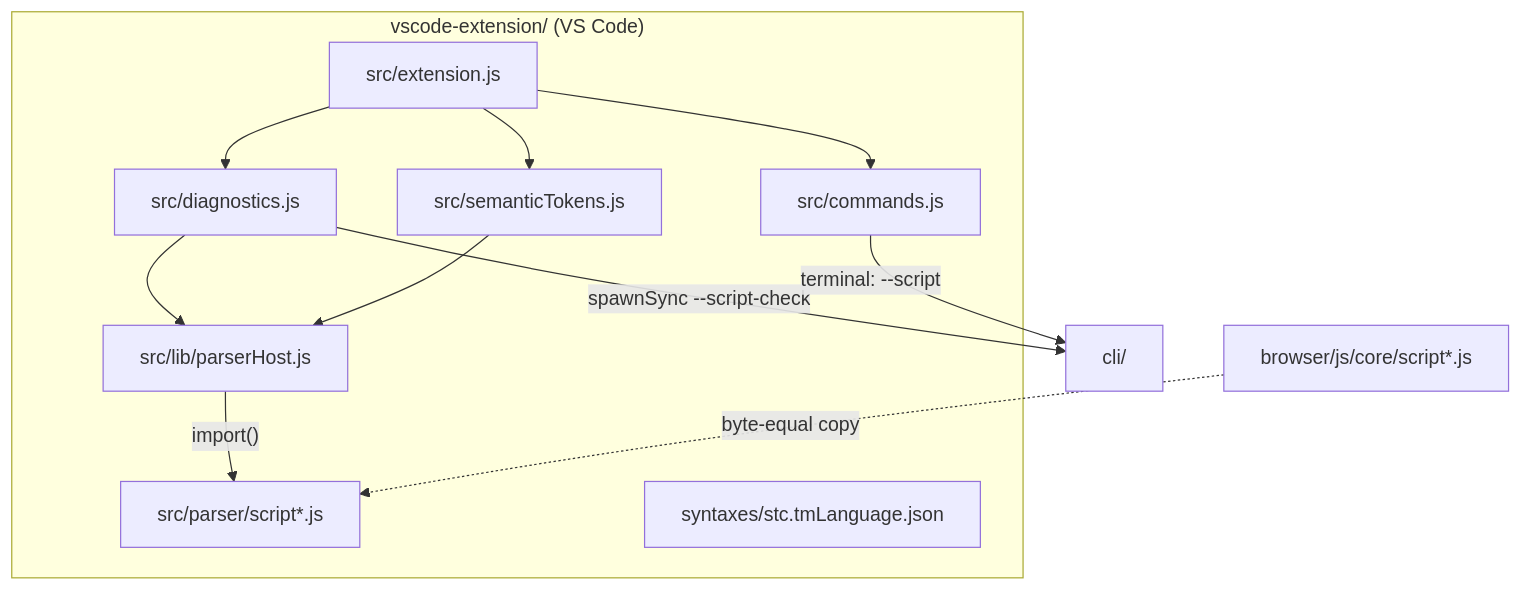
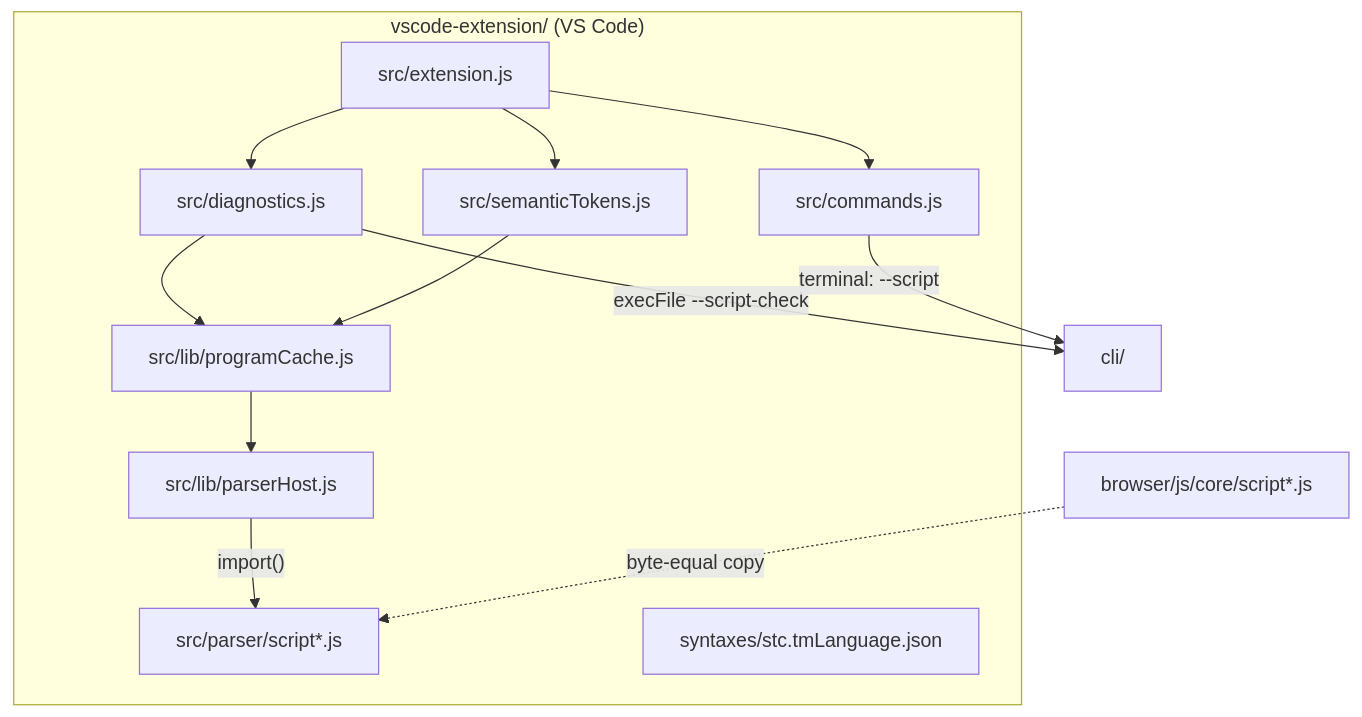
The first of 2 diagrams in vscode-extension/ARCHITECTURE.md (andrew1407/stencil), drawn with Mermaid before and after one commit. The commit also changed other lines of this file and 28 other files, not shown here.

Commit message:
Quote per shell, debounce the parse and cache one program

````diff
--- a/vscode-extension/ARCHITECTURE.md
+++ b/vscode-extension/ARCHITECTURE.md
@@ -12,24 +12,26 @@
 ```mermaid
 graph TD
     subgraph VSC["vscode-extension/ (VS Code)"]
       ENTRY["src/extension.js"]
       DIAG["src/diagnostics.js"]
       SEM["src/semanticTokens.js"]
       CMD["src/commands.js"]
+      CACHE["src/lib/programCache.js"]
       HOST["src/lib/parserHost.js"]
       COPIES["src/parser/script*.js"]
       GRAM["syntaxes/stc.tmLanguage.json"]
     end
     WEB["browser/js/core/script*.js"]
     CLI["cli/"]
 
     ENTRY --> DIAG
     ENTRY --> SEM
     ENTRY --> CMD
-    DIAG --> HOST
-    SEM --> HOST
+    DIAG --> CACHE
+    SEM --> CACHE
+    CACHE --> HOST
     HOST -->|"import()"| COPIES
     WEB -.->|"byte-equal copy"| COPIES
-    DIAG -->|"spawnSync --script-check"| CLI
+    DIAG -->|"execFile --script-check"| CLI
     CMD -->|"terminal: --script"| CLI
 ```
````
